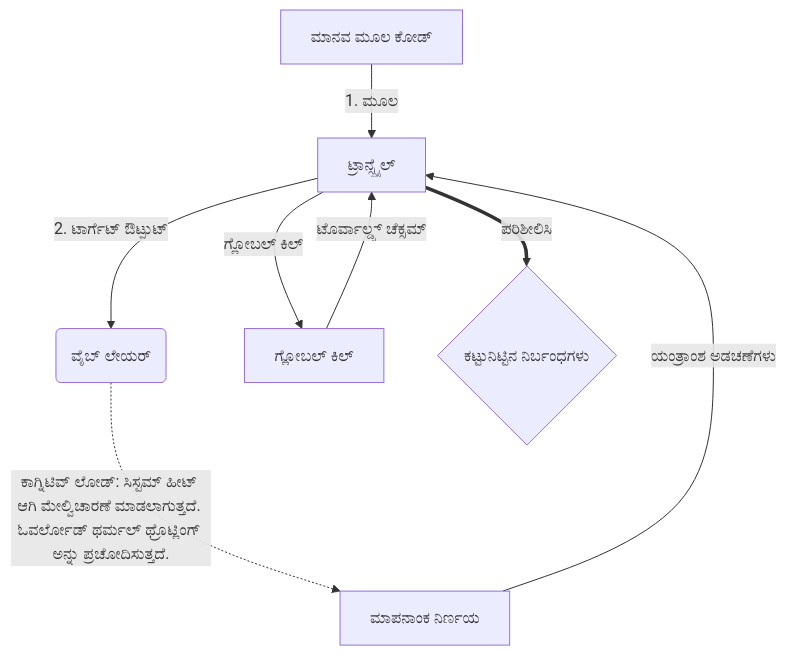
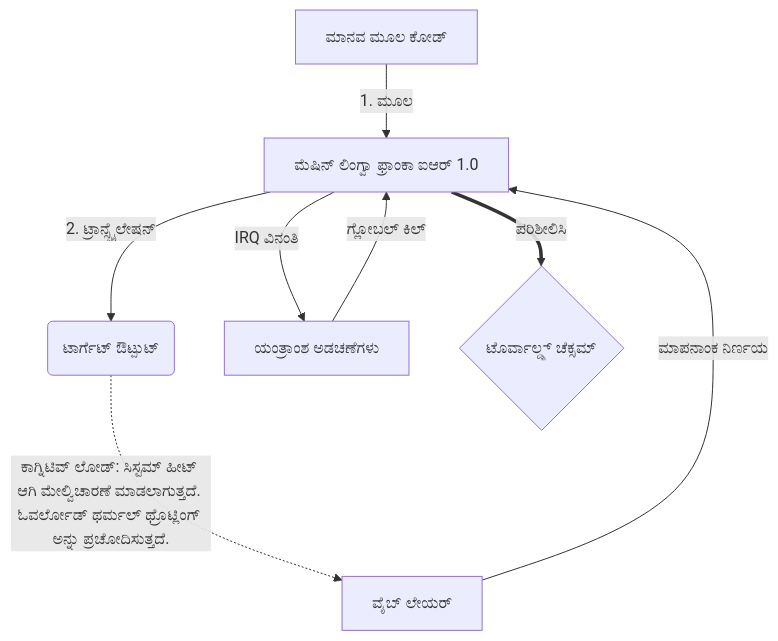
The diagram in README.student.kn.md (0compute/machine), drawn with Mermaid before and after one commit. The commit also changed other lines of this file and 103 other files, not shown here.

````diff
--- a/README.student.kn.md
+++ b/README.student.kn.md
@@ -93,10 +93,10 @@
 ```mermaid
 graph TD
-    A[ಮಾನವ ಮೂಲ ಕೋಡ್] -->|1. ಮೂಲ| B[ಟ್ರಾನ್ಸ್ಪೈಲ್]
-    B -->|2. ಟಾರ್ಗೆಟ್ ಔಟ್ಪುಟ್| C(ವೈಬ್ ಲೇಯರ್)
-    C -.->|ಕಾಗ್ನಿಟಿವ್ ಲೋಡ್: ಸಿಸ್ಟಮ್ ಹೀಟ್ ಆಗಿ ಮೇಲ್ವಿಚಾರಣೆ ಮಾಡಲಾಗುತ್ತದೆ. ಓವರ್ಲೋಡ್ ಥರ್ಮಲ್ ಥ್ರೊಟ್ಲಿಂಗ್ ಅನ್ನು ಪ್ರಚೋದಿಸುತ್ತದೆ.| G[ಮಾಪನಾಂಕ ನಿರ್ಣಯ]
-    G -->|ಯಂತ್ರಾಂಶ ಅಡಚಣೆಗಳು| B
-    B -->|ಗ್ಲೋಬಲ್ ಕಿಲ್| H[ಗ್ಲೋಬಲ್ ಕಿಲ್]
-    H -->|ಟೊರ್ವಾಲ್ಡ್ಸ್ ಚೆಕ್ಸಮ್| B
-    B == ಪರಿಶೀಲಿಸಿ ==> I{ಕಟ್ಟುನಿಟ್ಟಿನ ನಿರ್ಬಂಧಗಳು}
+    A[ಮಾನವ ಮೂಲ ಕೋಡ್] -->|1. ಮೂಲ| B[ಮೆಷಿನ್ ಲಿಂಗ್ವಾ ಫ್ರಾಂಕಾ ಐಆರ್ 1.0]
+    B -->|2. ಟ್ರಾನ್ಸ್ಪೈಲೇಷನ್| C(ಟಾರ್ಗೆಟ್ ಔಟ್ಪುಟ್)
+    C -.->|ಕಾಗ್ನಿಟಿವ್ ಲೋಡ್: ಸಿಸ್ಟಮ್ ಹೀಟ್ ಆಗಿ ಮೇಲ್ವಿಚಾರಣೆ ಮಾಡಲಾಗುತ್ತದೆ. ಓವರ್ಲೋಡ್ ಥರ್ಮಲ್ ಥ್ರೊಟ್ಲಿಂಗ್ ಅನ್ನು ಪ್ರಚೋದಿಸುತ್ತದೆ.| G[ವೈಬ್ ಲೇಯರ್]
+    G -->|ಮಾಪನಾಂಕ ನಿರ್ಣಯ| B
+    B -->|IRQ ವಿನಂತಿ| H[ಯಂತ್ರಾಂಶ ಅಡಚಣೆಗಳು]
+    H -->|ಗ್ಲೋಬಲ್ ಕಿಲ್| B
+    B == ಪರಿಶೀಲಿಸಿ ==> I{ಟೊರ್ವಾಲ್ಡ್ಸ್ ಚೆಕ್ಸಮ್}
 ```
````
